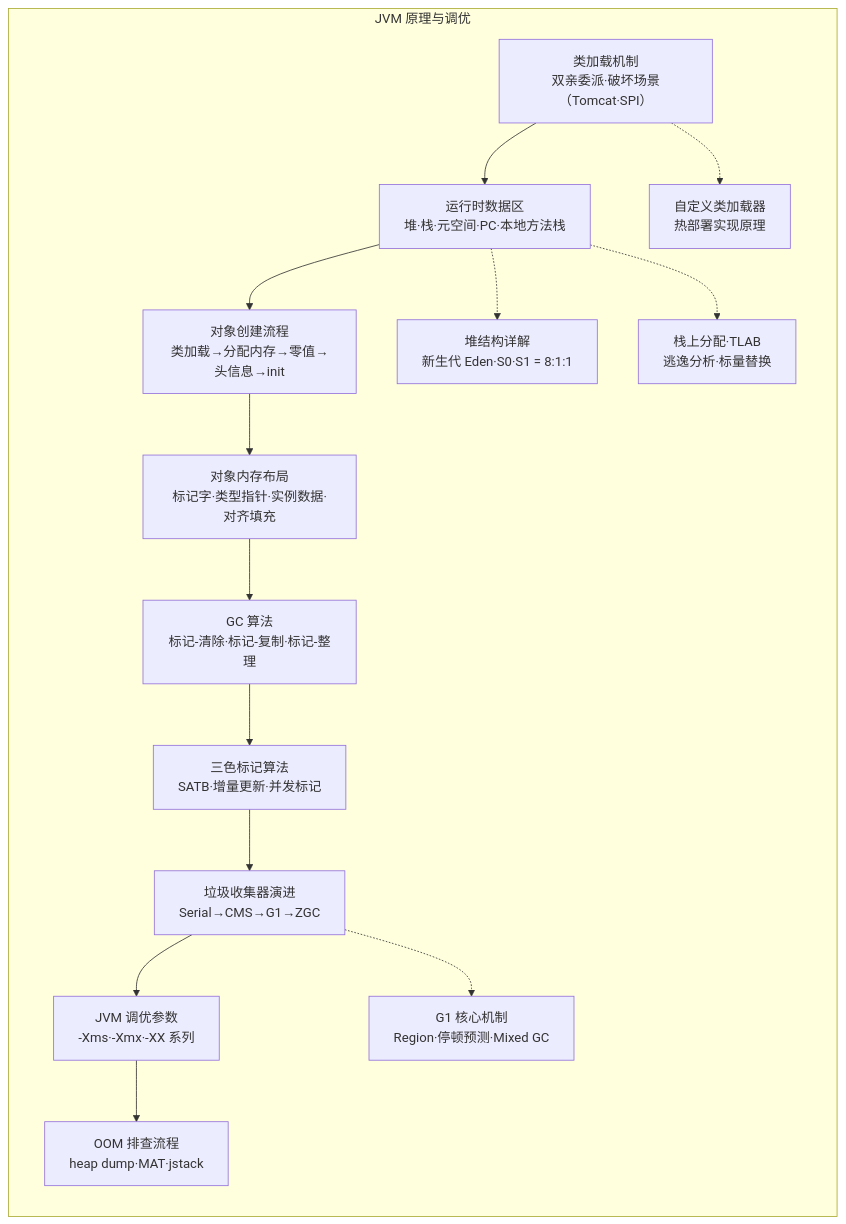
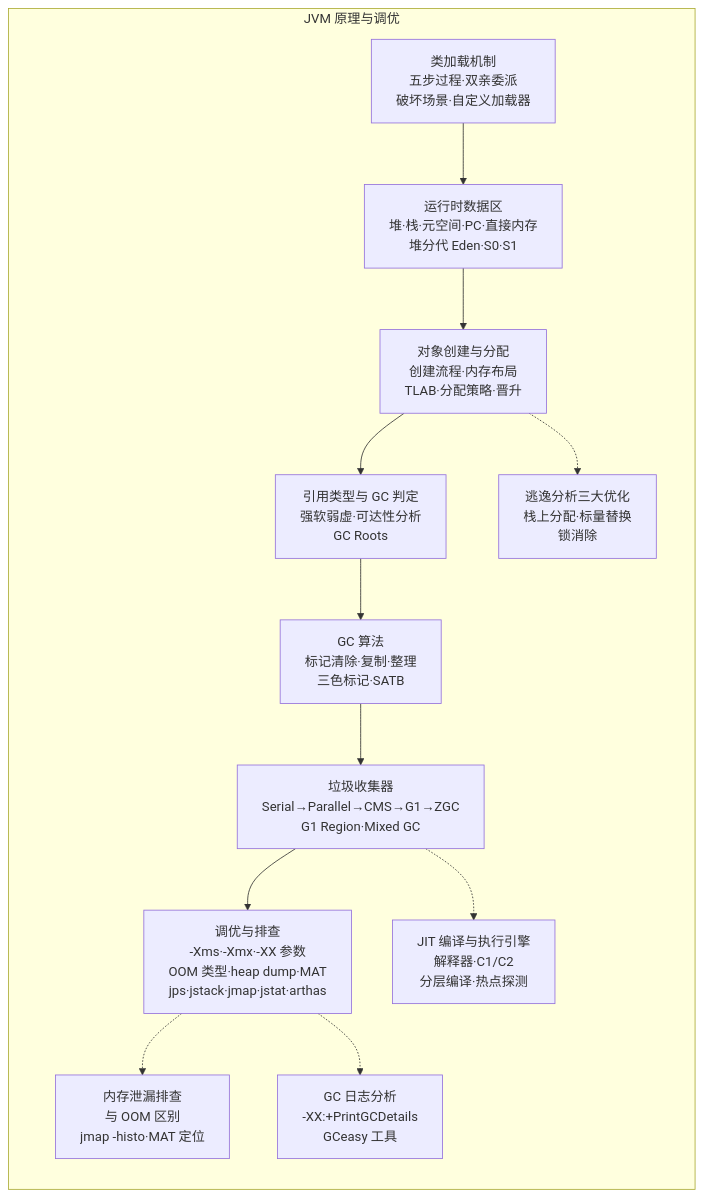
One commit to SongerJia/road-java changed the diagram in 04-JavaJVM/11.md. Above: the diagram before and after it, drawn with Mermaid. The commit also changed 11 other files, not shown here.

````diff
--- a/04-JavaJVM/11.md
+++ b/04-JavaJVM/11.md
@@ -1,18 +1,17 @@
 ```mermaid
 flowchart TB
     subgraph JVM["JVM 原理与调优"]
         direction TB
-        D1["类加载机制<br/>双亲委派·破坏场景（Tomcat·SPI）"] --> D2["运行时数据区<br/>堆·栈·元空间·PC·本地方法栈"]
-        D2 --> D3["对象创建流程<br/>类加载→分配内存→零值→头信息→init"]
-        D3 --> D4["对象内存布局<br/>标记字·类型指针·实例数据·对齐填充"]
-        D4 --> D5["GC 算法<br/>标记-清除·标记-复制·标记-整理"]
-        D5 --> D6["三色标记算法<br/>SATB·增量更新·并发标记"]
-        D6 --> D7["垃圾收集器演进<br/>Serial→CMS→G1→ZGC"]
-        D7 --> D8["JVM 调优参数<br/>-Xms·-Xmx·-XX 系列"]
-        D8 --> D9["OOM 排查流程<br/>heap dump·MAT·jstack"]
-        D2 -.-> D10["堆结构详解<br/>新生代 Eden·S0·S1 = 8:1:1"]
-        D2 -.-> D11["栈上分配·TLAB<br/>逃逸分析·标量替换"]
-        D7 -.-> D12["G1 核心机制<br/>Region·停顿预测·Mixed GC"]
-        D1 -.-> D13["自定义类加载器<br/>热部署实现原理"]
+        D1["类加载机制<br/>五步过程·双亲委派<br/>破坏场景·自定义加载器"] --> D2["运行时数据区<br/>堆·栈·元空间·PC·直接内存<br/>堆分代 Eden·S0·S1"]
+        D2 --> D3["对象创建与分配<br/>创建流程·内存布局<br/>TLAB·分配策略·晋升"]
+        D3 --> D4["引用类型与 GC 判定<br/>强软弱虚·可达性分析<br/>GC Roots"]
+        D4 --> D5["GC 算法<br/>标记清除·复制·整理<br/>三色标记·SATB"]
+        D5 --> D6["垃圾收集器<br/>Serial→Parallel→CMS→G1→ZGC<br/>G1 Region·Mixed GC"]
+        D6 --> D7["调优与排查<br/>-Xms·-Xmx·-XX 参数<br/>OOM 类型·heap dump·MAT<br/>jps·jstack·jmap·jstat·arthas"]
+
+        D7 -.-> N1["内存泄漏排查<br/>与 OOM 区别<br/>jmap -histo·MAT 定位"]
+        D3 -.-> N2["逃逸分析三大优化<br/>栈上分配·标量替换<br/>锁消除"]
+        D6 -.-> N3["JIT 编译与执行引擎<br/>解释器·C1/C2<br/>分层编译·热点探测"]
+        D7 -.-> N4["GC 日志分析<br/>-XX:+PrintGCDetails<br/>GCeasy 工具"]
     end
 ```
````
